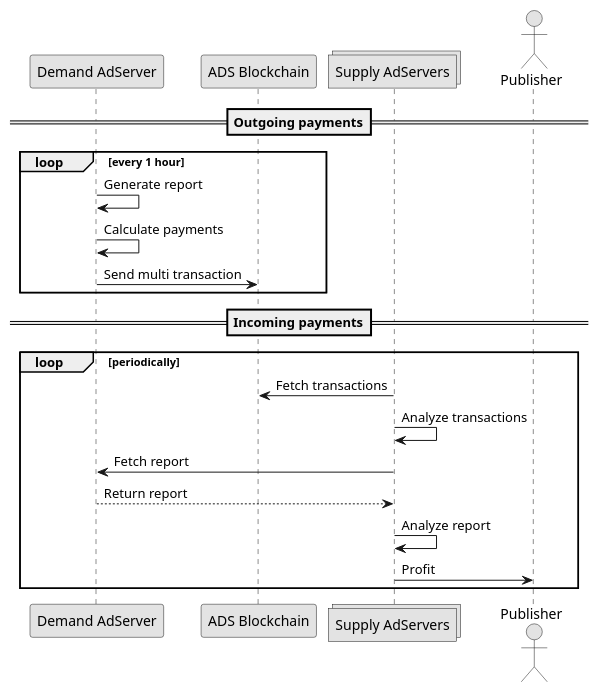
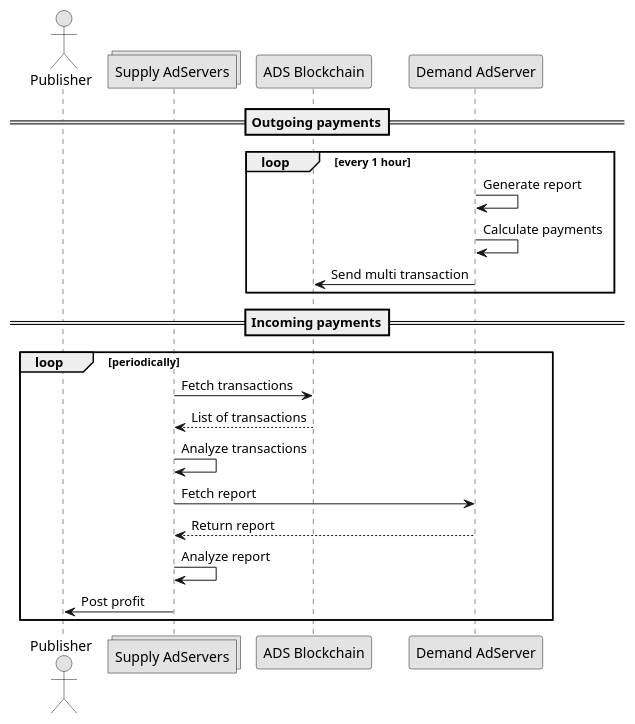
The diagram in protocol/payments/index.rst (adshares/adshares-docs), drawn with PlantUML before and after one commit. The commit also changed other lines of this file and 5 other files, not shown here.

```diff
--- a/protocol/payments/index.rst
+++ b/protocol/payments/index.rst
@@ -14,29 +10,30 @@
 .. uml::
     :align: center
 
     skinparam monochrome true
 
+    actor       "Publisher"         as publisher
+    collections "Supply AdServers"  as supplyServer
+    participant "ADS Blockchain"    as blockchain
     participant "Demand AdServer"   as demandServer
-    participant "ADS Blockchain"    as blockchain
-    collections "Supply AdServers"  as supplyServer
-    actor       "Publisher"         as publisher
 
     ==Outgoing payments==
 
     loop every 1 hour
         demandServer -> demandServer: Generate report
         demandServer -> demandServer: Calculate payments
         demandServer -> blockchain: Send multi transaction
     end
 
     ==Incoming payments==
 
     loop periodically
         supplyServer -> blockchain: Fetch transactions
+        blockchain --> supplyServer: List of transactions
         supplyServer -> supplyServer: Analyze transactions
 
         supplyServer -> demandServer: Fetch report
         demandServer --> supplyServer: Return report
         supplyServer -> supplyServer: Analyze report
-        supplyServer -> publisher: Profit
+        supplyServer -> publisher: Post profit
     end
```
